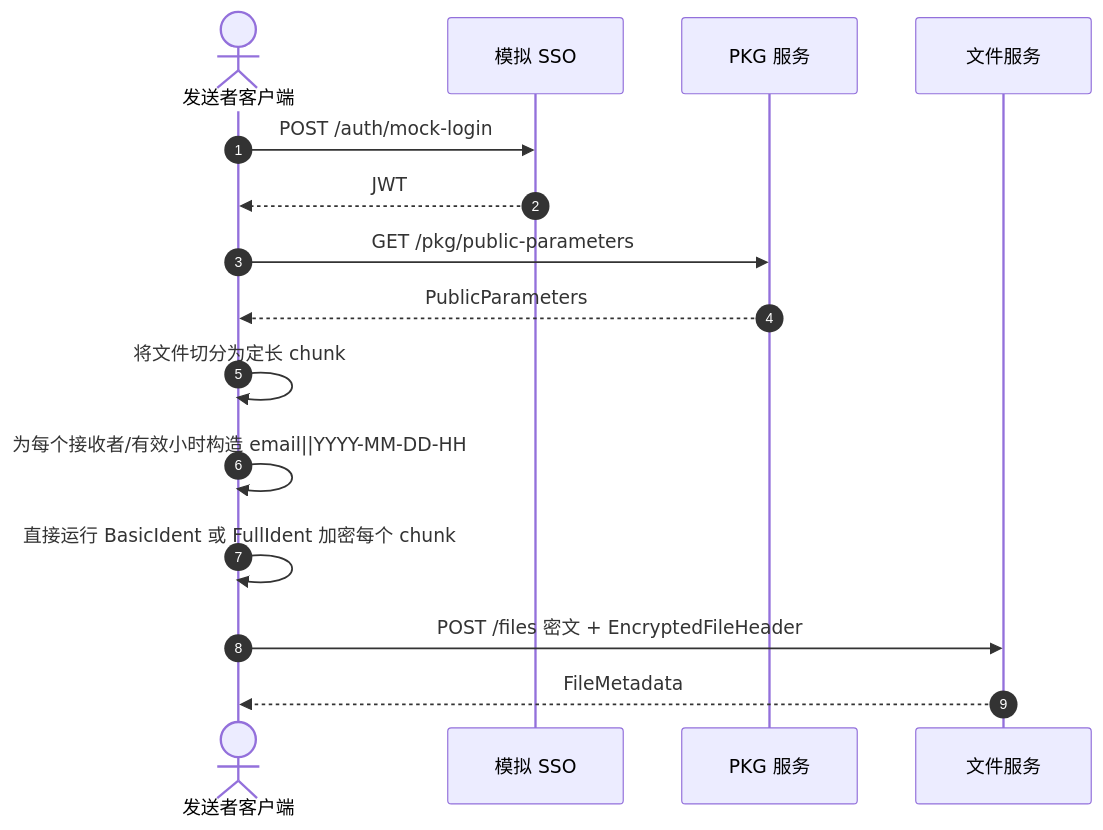
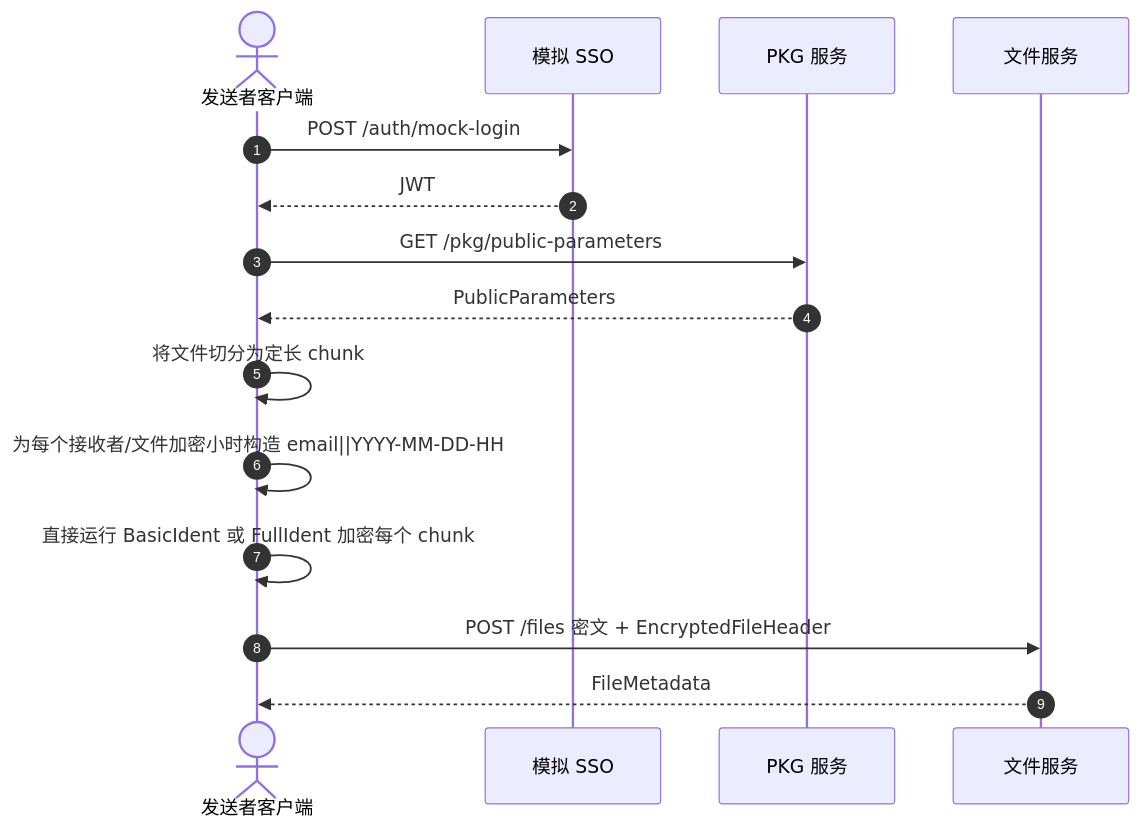
One commit to firfisa/BF-IBE changed the third of 7 diagrams in docs/diagrams.md. Above: the diagram before and after it, drawn with Mermaid. The commit also changed other lines of this file and 6 other files, not shown here.

````diff
--- a/docs/diagrams.md
+++ b/docs/diagrams.md
@@ -43,18 +43,18 @@
 ```mermaid
 sequenceDiagram
   autonumber
   actor Sender as 发送者客户端
   participant SSO as 模拟 SSO
   participant PKG as PKG 服务
   participant FS as 文件服务
 
   Sender->>SSO: POST /auth/mock-login
   SSO-->>Sender: JWT
   Sender->>PKG: GET /pkg/public-parameters
   PKG-->>Sender: PublicParameters
   Sender->>Sender: 将文件切分为定长 chunk
-  Sender->>Sender: 为每个接收者/有效小时构造 email||YYYY-MM-DD-HH
+  Sender->>Sender: 为每个接收者/文件加密小时构造 email||YYYY-MM-DD-HH
   Sender->>Sender: 直接运行 BasicIdent 或 FullIdent 加密每个 chunk
   Sender->>FS: POST /files 密文 + EncryptedFileHeader
   FS-->>Sender: FileMetadata
 ```
````
